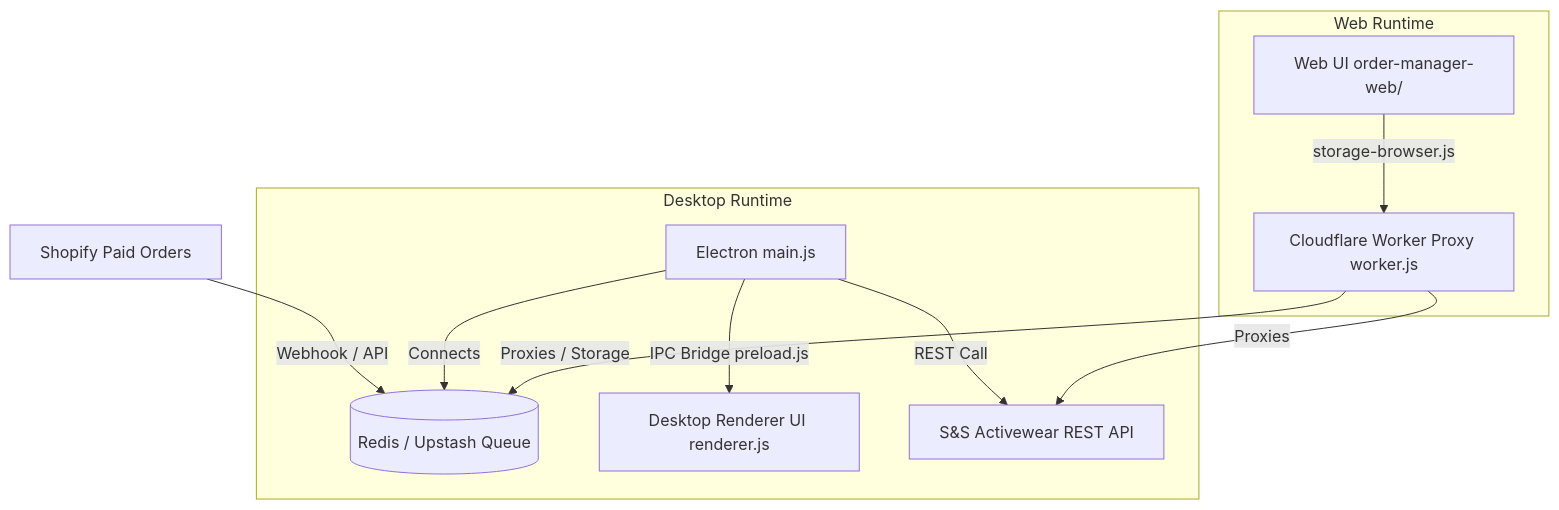
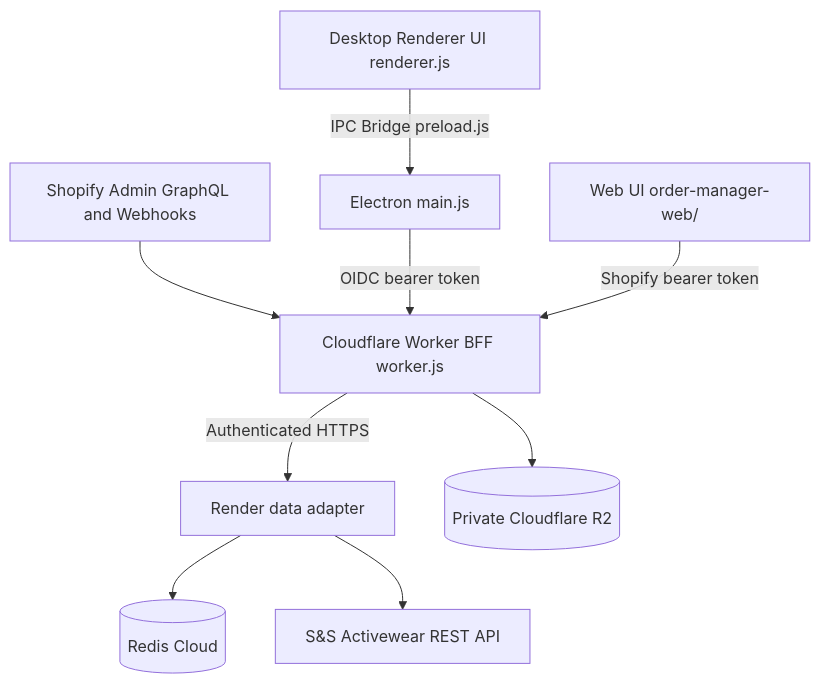
One commit to personman1234567/PrintMO-Order-Management changed the diagram in docs/official-docs/architecture/system-overview.md. Above: the diagram before and after it, drawn with Mermaid. The commit also changed other lines of this file and 13 other files, not shown here.

Commit message:
Implement Phase 2 Shopify shadow data plane

````diff
--- a/docs/official-docs/architecture/system-overview.md
+++ b/docs/official-docs/architecture/system-overview.md
@@ -23,16 +23,11 @@
 ```mermaid
 flowchart TD
-    Shopify[Shopify Paid Orders] -->|Webhook / API| RedisQueue[(Redis / Upstash Queue)]
-    
-    subgraph Desktop Runtime
-        ElectronMain[Electron main.js] -->|Connects| RedisQueue
-        ElectronMain -->|IPC Bridge preload.js| RendererUI[Desktop Renderer UI renderer.js]
-        ElectronMain -->|REST Call| SSAPI[S&S Activewear REST API]
-    end
-    
-    subgraph Web Runtime
-        CFProxy[Cloudflare Worker Proxy worker.js] -->|Proxies / Storage| RedisQueue
-        CFProxy -->|Proxies| SSAPI
-        WebClient[Web UI order-manager-web/] -->|storage-browser.js| CFProxy
-    end
+    Shopify[Shopify Admin GraphQL and Webhooks] --> CFProxy[Cloudflare Worker BFF worker.js]
+    RendererUI[Desktop Renderer UI renderer.js] -->|IPC Bridge preload.js| ElectronMain[Electron main.js]
+    ElectronMain -->|OIDC bearer token| CFProxy
+    WebClient[Web UI order-manager-web/] -->|Shopify bearer token| CFProxy
+    CFProxy -->|Authenticated HTTPS| RenderAdapter[Render data adapter]
+    RenderAdapter --> RedisQueue[(Redis Cloud)]
+    RenderAdapter --> SSAPI[S&S Activewear REST API]
+    CFProxy --> R2[(Private Cloudflare R2)]
 ```
````
